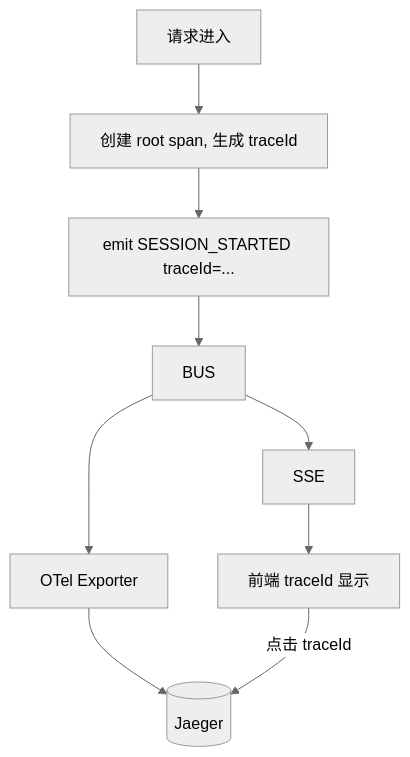
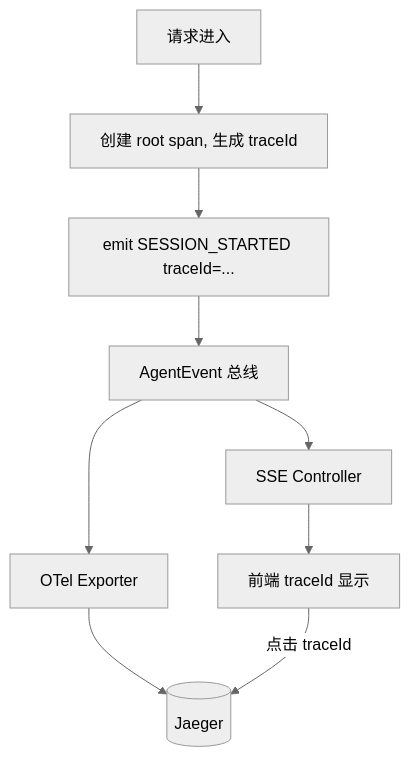
Before and after one commit to UranusGit/java-agent-learn: the ninth of 16 diagrams in docs/tutorials/spring-ai-2.0/33-Agent子过程实时可见性方案.md, drawn with Mermaid (neutral theme). The commit also changed other lines of this file and 181 other files, not shown here.

First line of the commit message:
docs全部182篇文档补充mermaid图：架构/流程/时序/状态机全覆盖

````diff
--- a/docs/tutorials/spring-ai-2.0/33-Agent子过程实时可见性方案.md
+++ b/docs/tutorials/spring-ai-2.0/33-Agent子过程实时可见性方案.md
@@ -1774,11 +1790,11 @@
 ```mermaid
 flowchart TD
     REQ[请求进入] --> SPAN1[创建 root span, 生成 traceId]
     SPAN1 --> EMIT1[emit SESSION_STARTED traceId=...]
-    EMIT1 --> BUS
-    BUS --> SSE
+    EMIT1 --> BUS[AgentEvent 总线]
+    BUS --> SSE[SSE Controller]
     BUS --> OTELOTEL[OTel Exporter]
     OTELOTEL --> JAEGER[(Jaeger)]
     SSE --> FE[前端 traceId 显示]
     FE -->|点击 traceId| JAEGER
 ```
````
